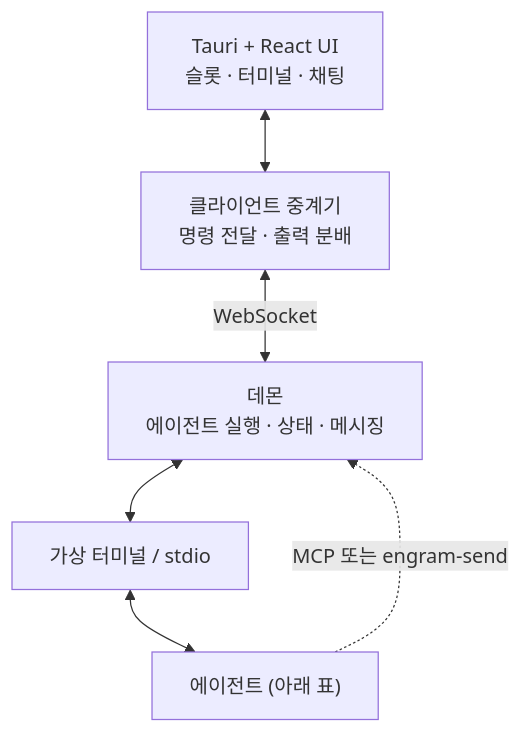
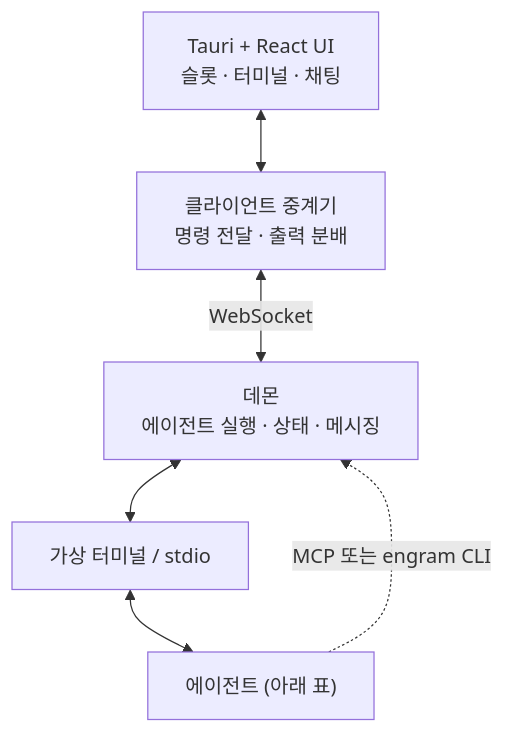
The diagram in README.md (kimsunzun/engram-dashboard), drawn with Mermaid before and after one commit. The commit also changed 27 other files, not shown here.

````diff
--- a/README.md
+++ b/README.md
@@ -65,14 +65,14 @@
 ```mermaid
 graph TB
     UI["Tauri + React UI<br/>슬롯 · 터미널 · 채팅"]
     Client["클라이언트 중계기<br/>명령 전달 · 출력 분배"]
     Daemon["데몬<br/>에이전트 실행 · 상태 · 메시징"]
     PTY["가상 터미널 / stdio"]
     Agent["에이전트 (아래 표)"]
 
     UI <--> Client
     Client <-->|WebSocket| Daemon
     Daemon <--> PTY
     PTY <--> Agent
-    Agent -.->|MCP 또는 engram-send| Daemon
+    Agent -.->|MCP 또는 engram CLI| Daemon
 ```
````
